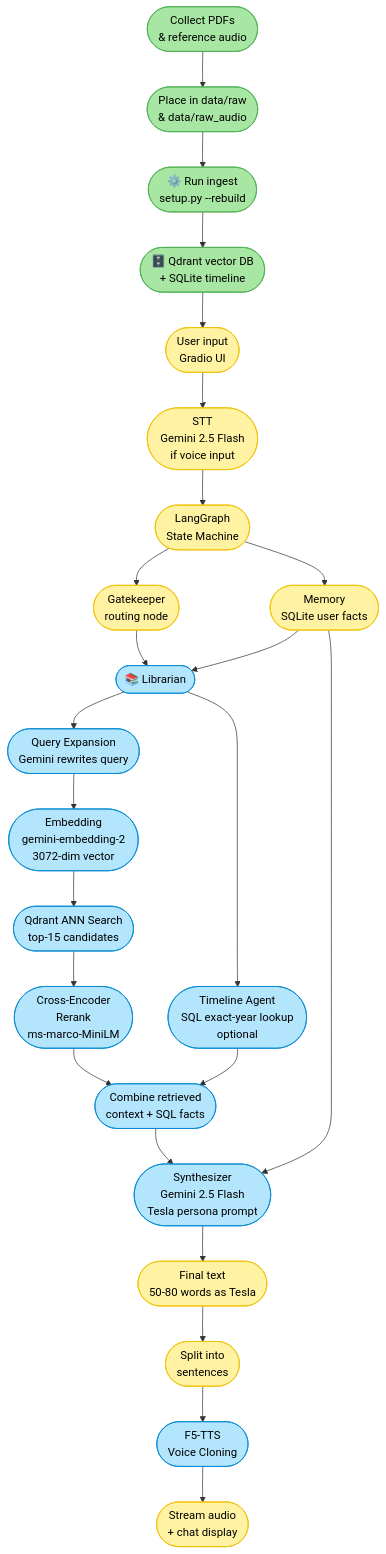
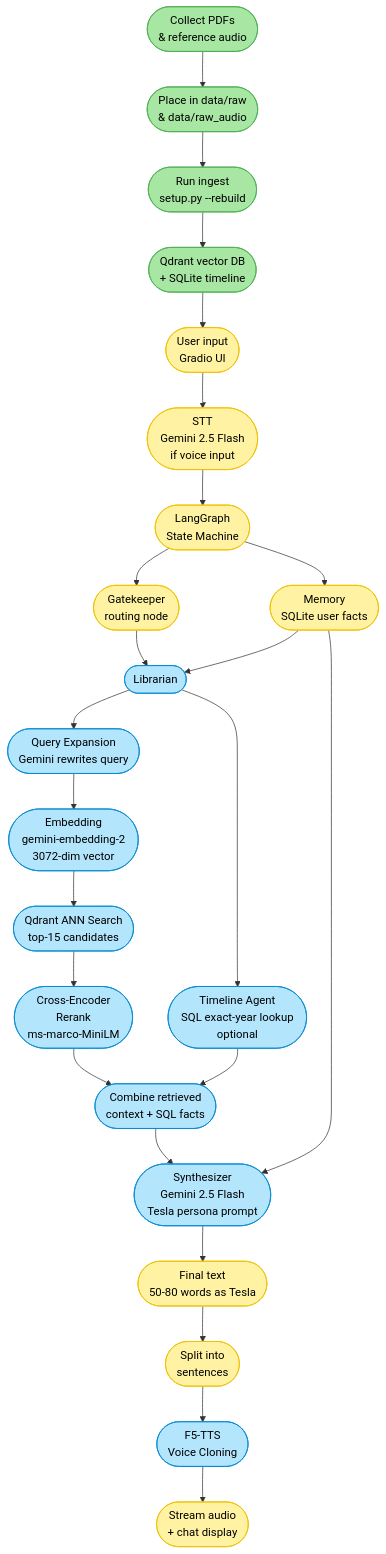
Before and after one commit to Deepanshu-Nain/Nikola-Tesla-Digital-Twin: the second of 2 diagrams in README.md, drawn with Mermaid. The commit also changed other lines of this file, not shown here.

````diff
--- a/README.md
+++ b/README.md
@@ -77,62 +77,62 @@
 ```mermaid
 flowchart TD
     %% ── Ingestion (top row, green) ──────────────────────────────
     I1([ Collect PDFs\n& reference audio]) --> I2([ Place in data/raw\n& data/raw_audio])
-    I2 --> I3([⚙️ Run ingest\nsetup.py --rebuild])
-    I3 --> I4([🗄️ Qdrant vector DB\n+ SQLite timeline])
+    I2 --> I3([ Run ingest\nsetup.py --rebuild])
+    I3 --> I4([ Qdrant vector DB\n+ SQLite timeline])
 
     %% ── Runtime entry (yellow) ──────────────────────────────────
     I4 --> UI([ User input\nGradio UI])
     UI --> STT([ STT\nGemini 2.5 Flash\nif voice input])
     STT --> LG([ LangGraph\nState Machine])
 
     %% ── Agent nodes (yellow) ────────────────────────────────────
     LG --> GK([ Gatekeeper\nrouting node])
     LG --> MEM([ Memory\nSQLite user facts])
     GK --> LIB
     MEM --> LIB
 
     %% ── Librarian + RAG (blue) ──────────────────────────────────
-    LIB([📚 Librarian]) --> TL([ Timeline Agent\nSQL exact-year lookup\noptional])
+    LIB([ Librarian]) --> TL([ Timeline Agent\nSQL exact-year lookup\noptional])
     LIB --> QE([ Query Expansion\nGemini rewrites query])
     QE --> EMB([ Embedding\ngemini-embedding-2\n3072-dim vector])
     EMB --> ANN([ Qdrant ANN Search\ntop‑15 candidates])
     ANN --> RR([ Cross‑Encoder\nRerank\nms‑marco‑MiniLM])
     RR --> COMB([ Combine retrieved\ncontext + SQL facts])
     TL --> COMB
 
     %% ── Synthesizer (blue) ──────────────────────────────────────
     COMB --> SYN([ Synthesizer\nGemini 2.5 Flash\nTesla persona prompt])
     MEM --> SYN
 
     %% ── Output (yellow/bottom) ──────────────────────────────────
     SYN --> FT([ Final text\n50‑80 words as Tesla])
     FT --> SP([ Split into\nsentences])
     SP --> TTS([ F5‑TTS\nVoice Cloning])
     TTS --> OUT([ Stream audio\n+ chat display])
 
     %% ── Styles ──────────────────────────────────────────────────
     style I1  fill:#a8e6a3,stroke:#4caf50,color:#000
     style I2  fill:#a8e6a3,stroke:#4caf50,color:#000
     style I3  fill:#a8e6a3,stroke:#4caf50,color:#000
     style I4  fill:#a8e6a3,stroke:#4caf50,color:#000
 
     style UI  fill:#fff3a3,stroke:#f0c000,color:#000
     style STT fill:#fff3a3,stroke:#f0c000,color:#000
     style LG  fill:#fff3a3,stroke:#f0c000,color:#000
     style GK  fill:#fff3a3,stroke:#f0c000,color:#000
     style MEM fill:#fff3a3,stroke:#f0c000,color:#000
     style OUT fill:#fff3a3,stroke:#f0c000,color:#000
     style FT  fill:#fff3a3,stroke:#f0c000,color:#000
     style SP  fill:#fff3a3,stroke:#f0c000,color:#000
 
     style LIB  fill:#b3e5fc,stroke:#0288d1,color:#000
     style TL   fill:#b3e5fc,stroke:#0288d1,color:#000
     style QE   fill:#b3e5fc,stroke:#0288d1,color:#000
     style EMB  fill:#b3e5fc,stroke:#0288d1,color:#000
     style ANN  fill:#b3e5fc,stroke:#0288d1,color:#000
     style RR   fill:#b3e5fc,stroke:#0288d1,color:#000
     style COMB fill:#b3e5fc,stroke:#0288d1,color:#000
     style SYN  fill:#b3e5fc,stroke:#0288d1,color:#000
     style TTS  fill:#b3e5fc,stroke:#0288d1,color:#000
 ```
````
